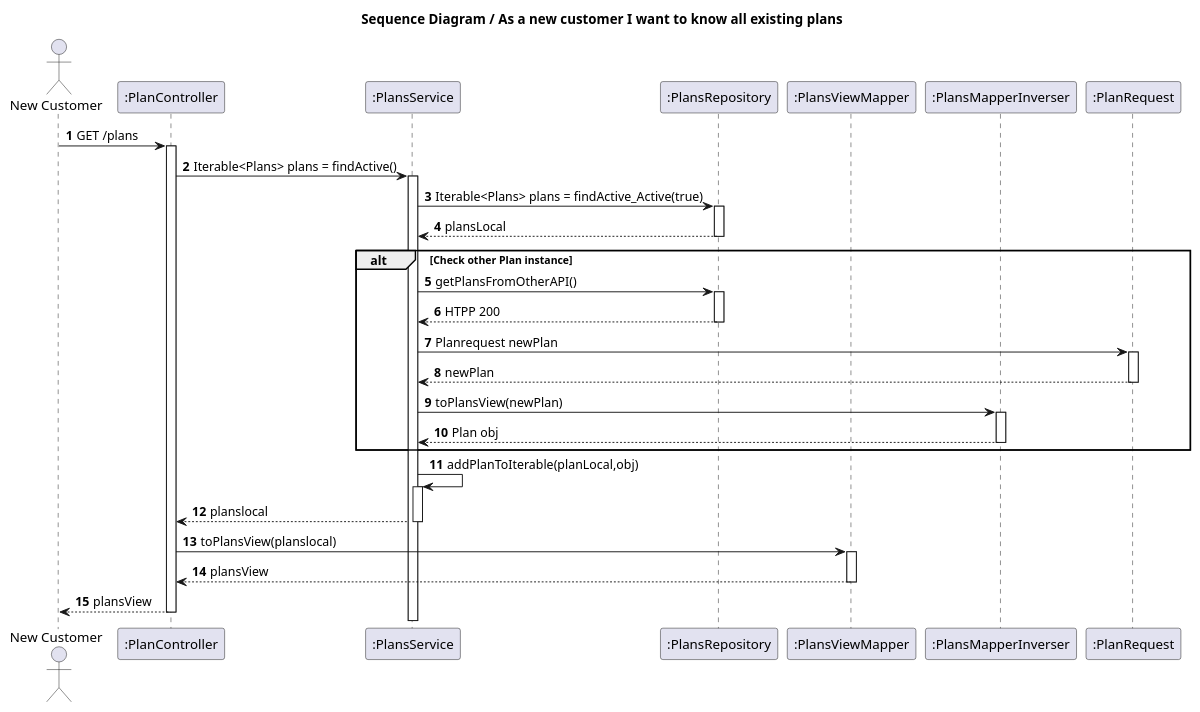
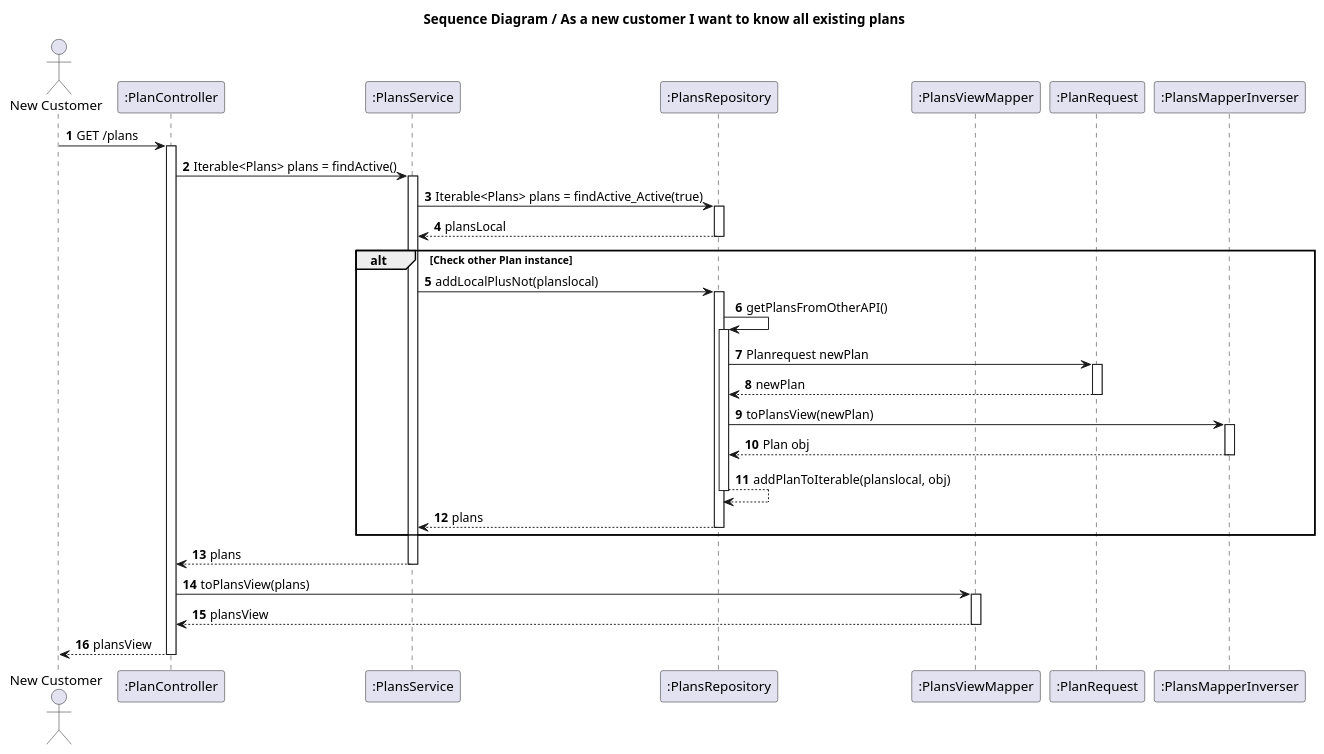
Before and after one commit to IsepMartimOliveira/SIDIS: the diagram in docs_sidis/Plans/WP#1A/US04/SD.puml, drawn with PlantUML. The commit also changed 15 other files, not shown here.

Commit message:
Plans docs,repo changes

```diff
--- a/docs_sidis/Plans/WP#1A/US04/SD.puml
+++ b/docs_sidis/Plans/WP#1A/US04/SD.puml
@@ -1,39 +1,42 @@
 @startuml
 'https://plantuml.com/sequence-diagram
 autoactivate on
 autonumber
 title  Sequence Diagram / As a new customer I want to know all existing plans
 
 autonumber
 
 actor "New Customer" as Ac
 participant ":PlanController" as Ctrl
 participant ":PlansService" as Serv
 participant ":PlansRepository" as Repo
 participant ":PlansViewMapper" as View
+participant ":PlanRequest" as Request
 participant ":PlansMapperInverser" as ViewInverser
-participant ":PlanRequest" as Request
+
 
 
 Ac -> Ctrl : GET /plans
 Ctrl -> Serv :Iterable<Plans> plans = findActive()
 
 Serv -> Repo :Iterable<Plans> plans = findActive_Active(true)
 Repo --> Serv: plansLocal
 alt Check other Plan instance
-Serv ->Repo: getPlansFromOtherAPI()
-Repo-->Serv:HTPP 200
-Serv -> Request : Planrequest newPlan
-Request --> Serv: newPlan
-Serv -> ViewInverser : toPlansView(newPlan)
-ViewInverser --> Serv: Plan obj
+Serv ->Repo: addLocalPlusNot(planslocal)
+
+Repo ->Repo: getPlansFromOtherAPI()
+Repo -> Request : Planrequest newPlan
+Request --> Repo: newPlan
+Repo -> ViewInverser : toPlansView(newPlan)
+ViewInverser --> Repo: Plan obj
+Repo-->Repo:addPlanToIterable(planslocal, obj)
+Repo-->Serv:plans
 end
-Serv->Serv:addPlanToIterable(planLocal,obj)
-Serv -->Ctrl: planslocal
+Serv -->Ctrl: plans
 
-Ctrl ->View: toPlansView(planslocal)
+Ctrl ->View: toPlansView(plans)
 View -->Ctrl: plansView
 Ac <-- Ctrl : plansView
 
 
 @enduml
```
